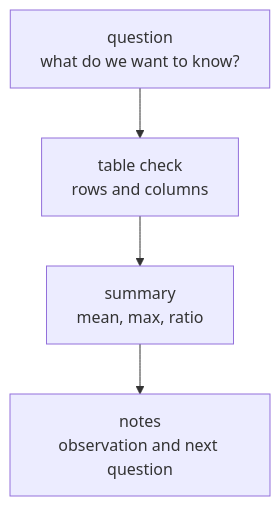
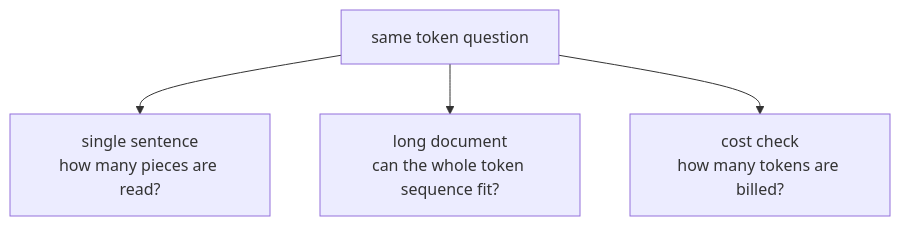
The second of 2 diagrams in docs/parts/part-06/chapter-01/section-01.md (devchan64/AiBook), drawn with Mermaid before and after one commit. The commit also changed other lines of this file and 213 other files, not shown here.

````diff
--- a/docs/parts/part-06/chapter-01/section-01.md
+++ b/docs/parts/part-06/chapter-01/section-01.md
@@ -87,9 +138,11 @@
 ```mermaid
 flowchart TD
-  A["question<br/>what do we want to know?"]
-  B["table check<br/>rows and columns"]
-  C["summary<br/>mean, max, ratio"]
-  D["notes<br/>observation and next question"]
+  A["same token question"]
+  B["single sentence<br/>how many pieces are read?"]
+  C["long document<br/>can the whole token sequence fit?"]
+  D["cost check<br/>how many tokens are billed?"]
 
-  A --> B --> C --> D
+  A --> B
+  A --> C
+  A --> D
 ```
````
